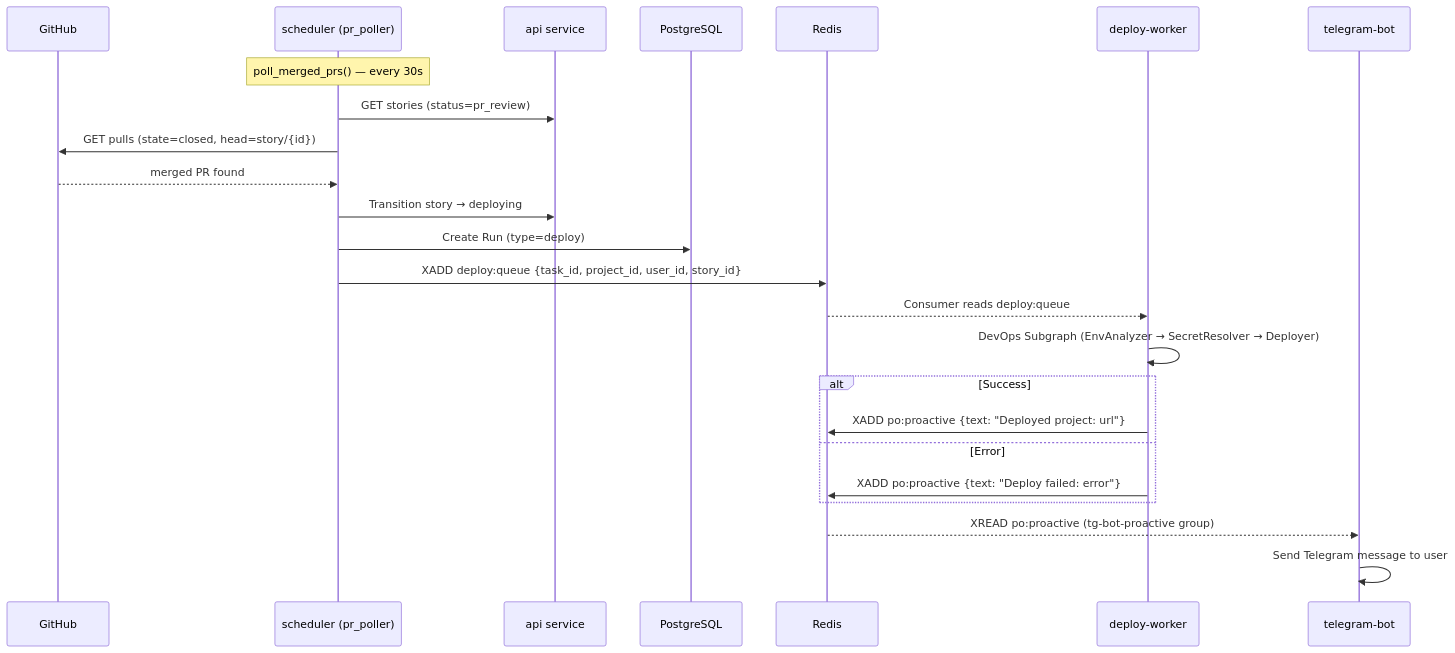
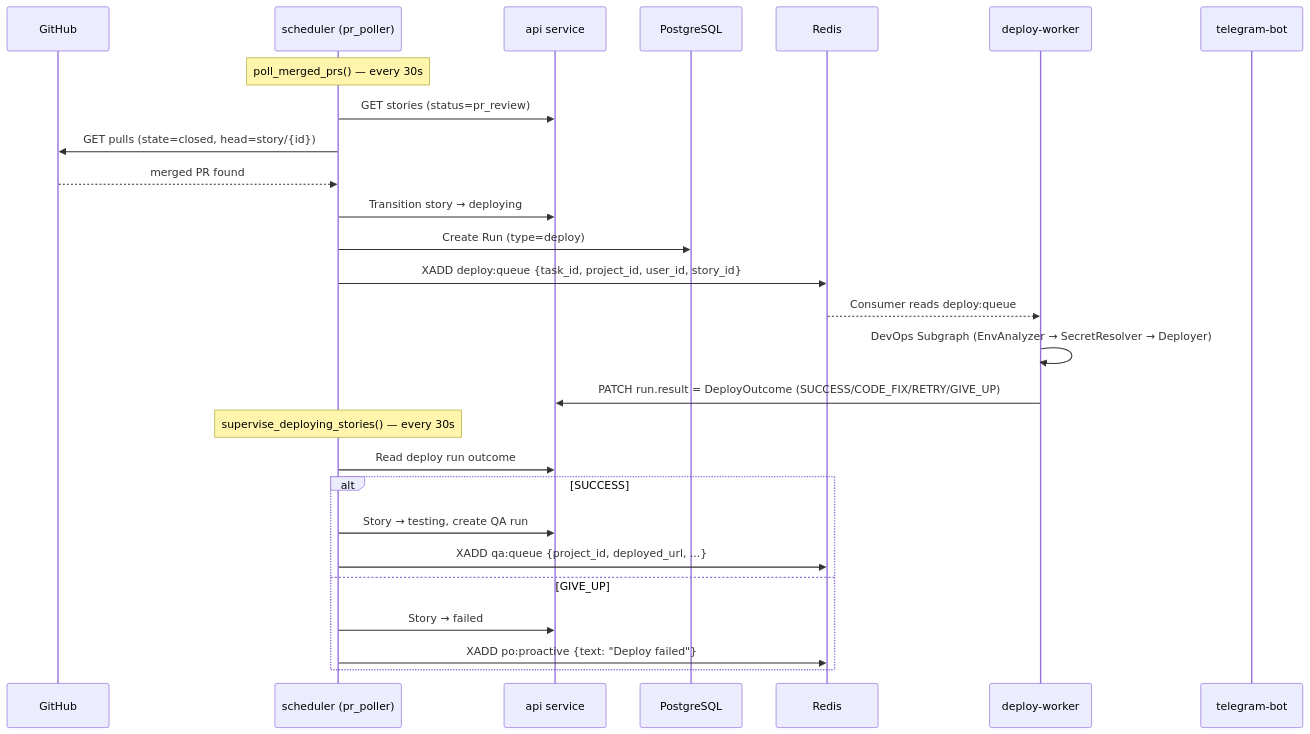
One commit to vladmesh/codegen_orchestrator changed the third of 3 diagrams in docs/CONTRACTS.md. Above: the diagram before and after it, drawn with Mermaid. The commit also changed other lines of this file and 29 other files, not shown here.

````diff
--- a/docs/CONTRACTS.md
+++ b/docs/CONTRACTS.md
@@ -225,27 +225,30 @@
 ```mermaid
 sequenceDiagram
     participant GH as GitHub
     participant SCH as scheduler (pr_poller)
     participant API as api service
     participant DB as PostgreSQL
     participant Redis
     participant DW as deploy-worker
     participant TG as telegram-bot
 
     Note over SCH: poll_merged_prs() — every 30s
     SCH->>API: GET stories (status=pr_review)
     SCH->>GH: GET pulls (state=closed, head=story/{id})
     GH-->>SCH: merged PR found
     SCH->>API: Transition story → deploying
     SCH->>DB: Create Run (type=deploy)
     SCH->>Redis: XADD deploy:queue {task_id, project_id, user_id, story_id}
     Redis-->>DW: Consumer reads deploy:queue
     DW->>DW: DevOps Subgraph (EnvAnalyzer → SecretResolver → Deployer)
-    alt Success
-        DW->>Redis: XADD po:proactive {text: "Deployed project: url"}
-    else Error
-        DW->>Redis: XADD po:proactive {text: "Deploy failed: error"}
+    DW->>API: PATCH run.result = DeployOutcome (SUCCESS/CODE_FIX/RETRY/GIVE_UP)
+    Note over SCH: supervise_deploying_stories() — every 30s
+    SCH->>API: Read deploy run outcome
+    alt SUCCESS
+        SCH->>API: Story → testing, create QA run
+        SCH->>Redis: XADD qa:queue {project_id, deployed_url, ...}
+    else GIVE_UP
+        SCH->>API: Story → failed
+        SCH->>Redis: XADD po:proactive {text: "Deploy failed"}
     end
-    Redis-->>TG: XREAD po:proactive (tg-bot-proactive group)
-    TG->>TG: Send Telegram message to user
 ```
````
